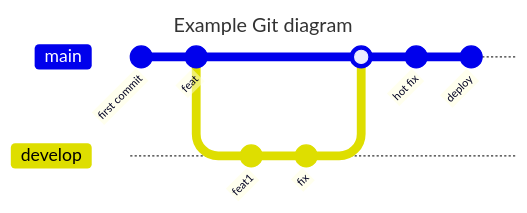
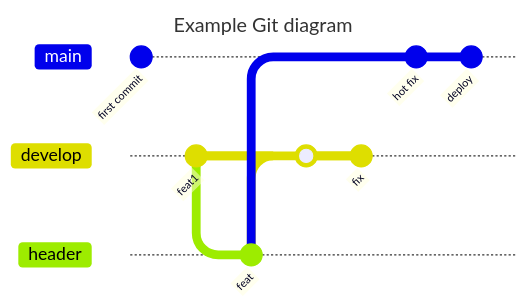
The diagram in README.md (WadimSh/werstack), drawn with Mermaid before and after one commit.

Commit message:
feat: new branch

````diff
--- a/README.md
+++ b/README.md
@@ -5,17 +5,22 @@
 ```mermaid
 ---
 title: Example Git diagram
 ---
 gitGraph
    commit id: "first commit"
    commit id: "feat"
    branch develop
    checkout develop
    commit id: "feat1"
+   branch header
+   checkout header
+   commit id: "feat"
+   commit id: "fix"
+   checkout develop
+   merge header
    commit id: "fix"
    checkout main
-   merge develop
    commit id: "hot fix"
    commit id: "deploy"
      
 ```
````
